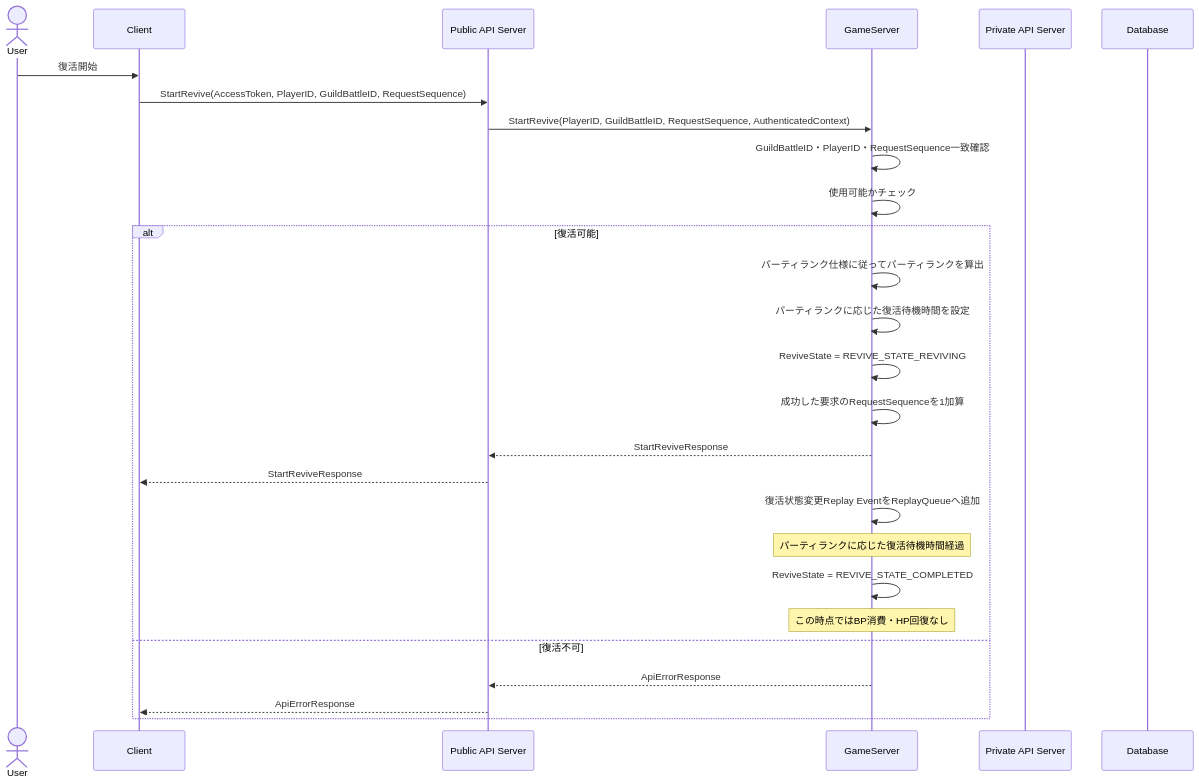
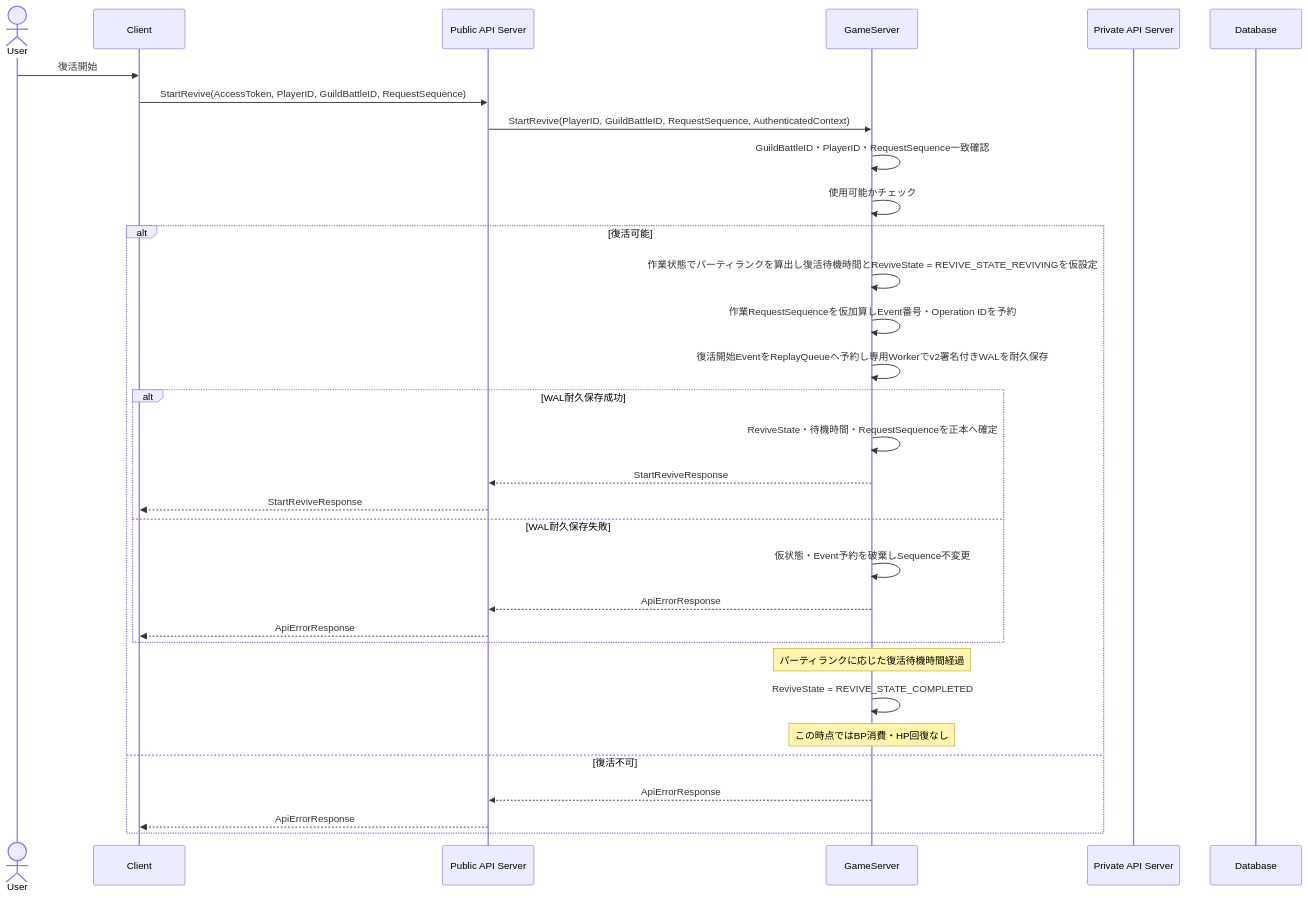
Before and after one commit to ReHydrangeaOdyssey/Specifications: diagram 11 of 14 in design/server/guild_battle.md, drawn with Mermaid. The commit also changed other lines of this file and 8 other files, not shown here.

````diff
--- a/design/server/guild_battle.md
+++ b/design/server/guild_battle.md
@@ -554,35 +603,39 @@
 ```mermaid
 sequenceDiagram
     actor User
     participant Client
     participant PublicAPIServer as Public API Server
     participant GameServer
     participant PrivateAPIServer as Private API Server
     participant Database
 
     User->>Client: 復活開始
     Client->>PublicAPIServer: StartRevive(AccessToken, PlayerID, GuildBattleID, RequestSequence)
     PublicAPIServer->>GameServer: StartRevive(PlayerID, GuildBattleID, RequestSequence, AuthenticatedContext)
 
     GameServer->>GameServer: GuildBattleID・PlayerID・RequestSequence一致確認
     GameServer->>GameServer: 使用可能かチェック
 
     alt 復活可能
-        GameServer->>GameServer: パーティランク仕様に従ってパーティランクを算出
-        GameServer->>GameServer: パーティランクに応じた復活待機時間を設定
-        GameServer->>GameServer: ReviveState = REVIVE_STATE_REVIVING
-        GameServer->>GameServer: 成功した要求のRequestSequenceを1加算
-        GameServer-->>PublicAPIServer: StartReviveResponse
-        PublicAPIServer-->>Client: StartReviveResponse
-
-        GameServer ->> GameServer: 復活状態変更Replay EventをReplayQueueへ追加
+        GameServer->>GameServer: 作業状態でパーティランクを算出し復活待機時間とReviveState = REVIVE_STATE_REVIVINGを仮設定
+        GameServer->>GameServer: 作業RequestSequenceを仮加算しEvent番号・Operation IDを予約
+        GameServer->>GameServer: 復活開始EventをReplayQueueへ予約し専用Workerでv2署名付きWALを耐久保存
+        alt WAL耐久保存成功
+            GameServer->>GameServer: ReviveState・待機時間・RequestSequenceを正本へ確定
+            GameServer-->>PublicAPIServer: StartReviveResponse
+            PublicAPIServer-->>Client: StartReviveResponse
+        else WAL耐久保存失敗
+            GameServer->>GameServer: 仮状態・Event予約を破棄しSequence不変更
+            GameServer-->>PublicAPIServer: ApiErrorResponse
+            PublicAPIServer-->>Client: ApiErrorResponse
+        end
 
         Note over GameServer: パーティランクに応じた復活待機時間経過
 
         GameServer->>GameServer: ReviveState = REVIVE_STATE_COMPLETED
         Note over GameServer: この時点ではBP消費・HP回復なし
     else 復活不可
         GameServer-->>PublicAPIServer: ApiErrorResponse
         PublicAPIServer-->>Client: ApiErrorResponse
     end
 ```
````
